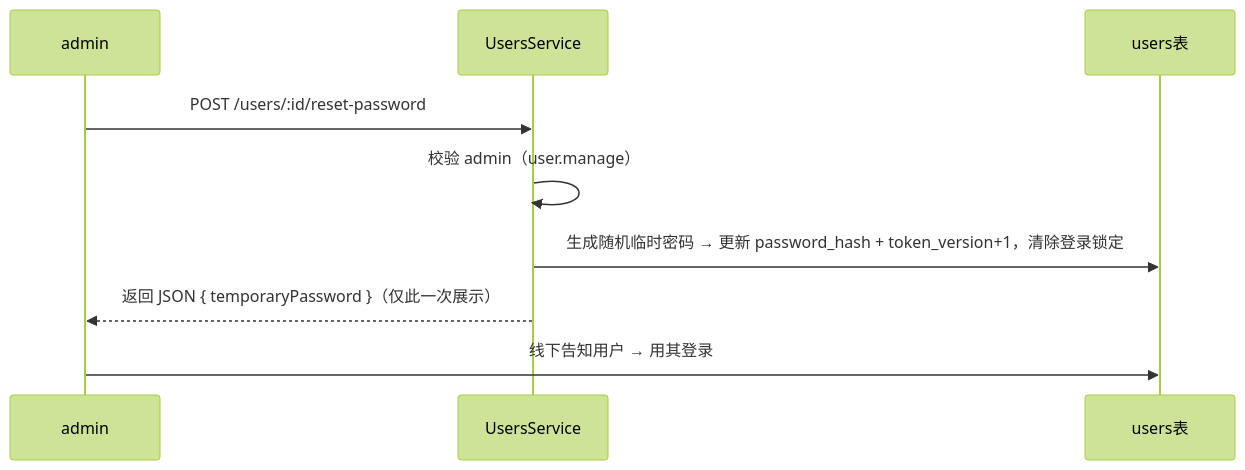
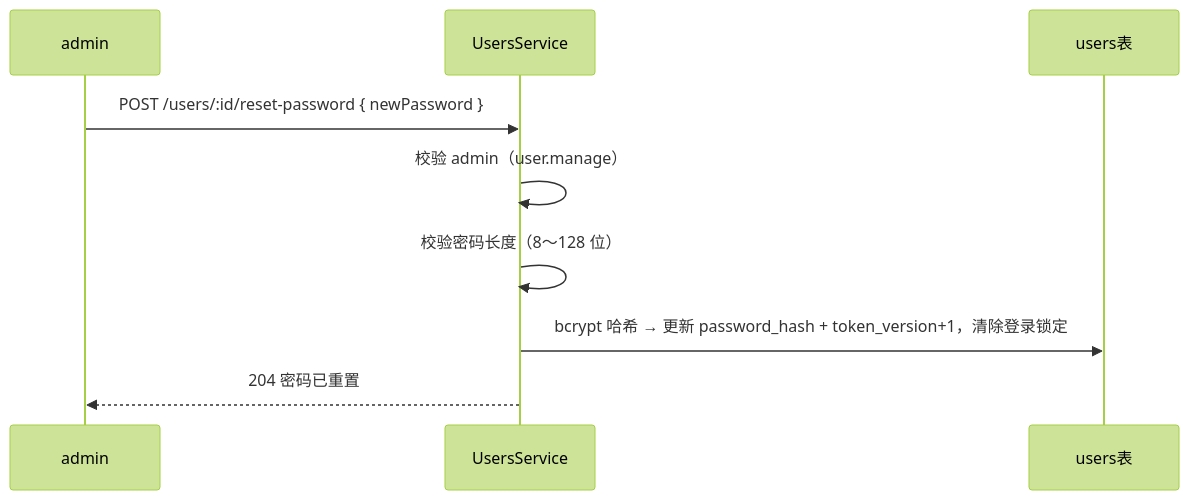
One commit to lixiname/LITECRM changed the seventh of 26 diagrams in docs/01-当前有效/重构架构决策与实施蓝图.md. Above: the diagram before and after it, drawn with Mermaid (forest theme). The commit also changed other lines of this file and 11 other files, not shown here.

Commit message:
refactor(users): let admin set reset password

````diff
--- a/docs/01-当前有效/重构架构决策与实施蓝图.md
+++ b/docs/01-当前有效/重构架构决策与实施蓝图.md
@@ -870,11 +870,11 @@
 ```mermaid
 sequenceDiagram
     participant A as admin
     participant S as UsersService
     participant U as users表
-    A->>S: POST /users/:id/reset-password
+    A->>S: POST /users/:id/reset-password { newPassword }
     S->>S: 校验 admin（user.manage）
-    S->>U: 生成随机临时密码 → 更新 password_hash + token_version+1，清除登录锁定
-    S-->>A: 返回 JSON { temporaryPassword }（仅此一次展示）
-    A->>U: 线下告知用户 → 用其登录
+    S->>S: 校验密码长度（8～128 位）
+    S->>U: bcrypt 哈希 → 更新 password_hash + token_version+1，清除登录锁定
+    S-->>A: 204 密码已重置
 ```
````
